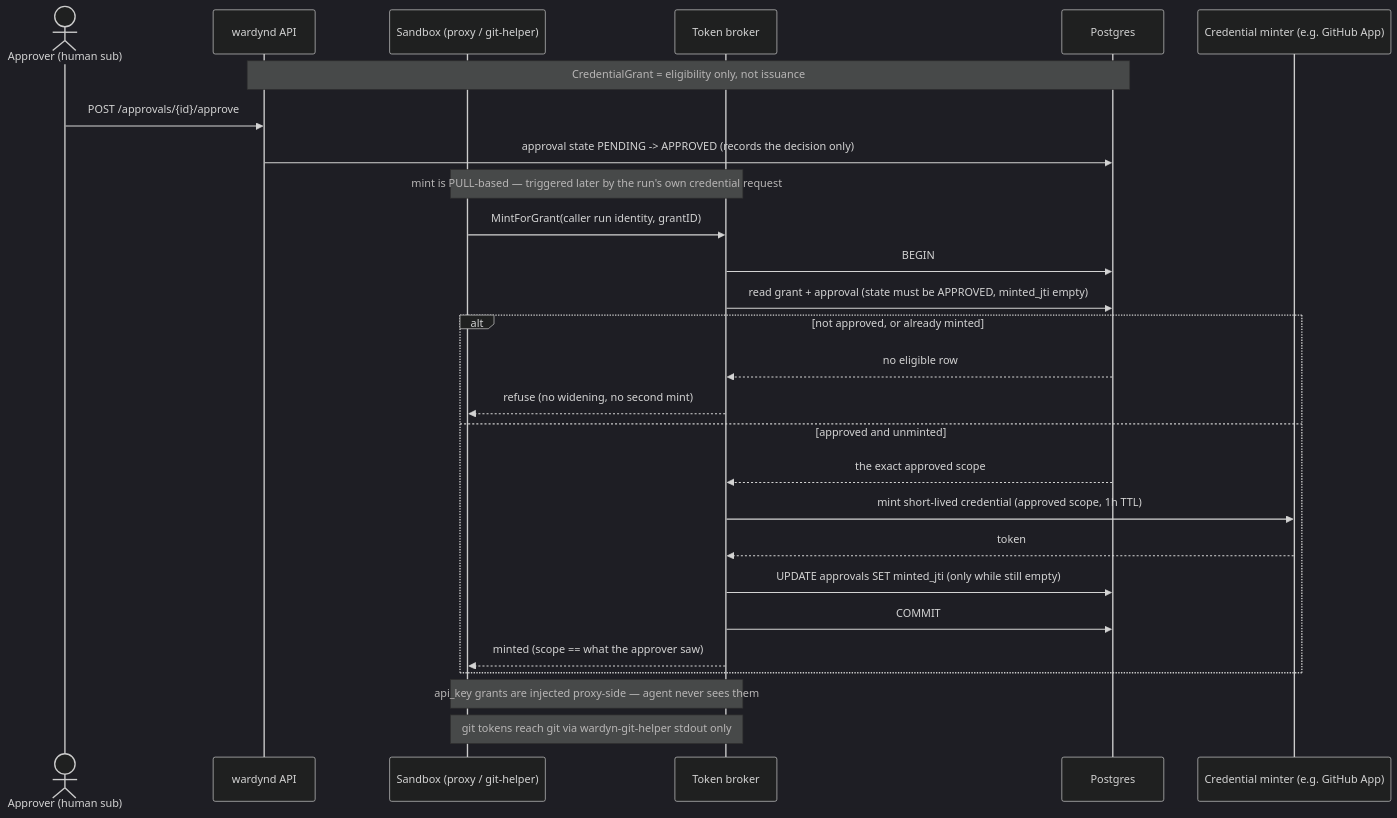
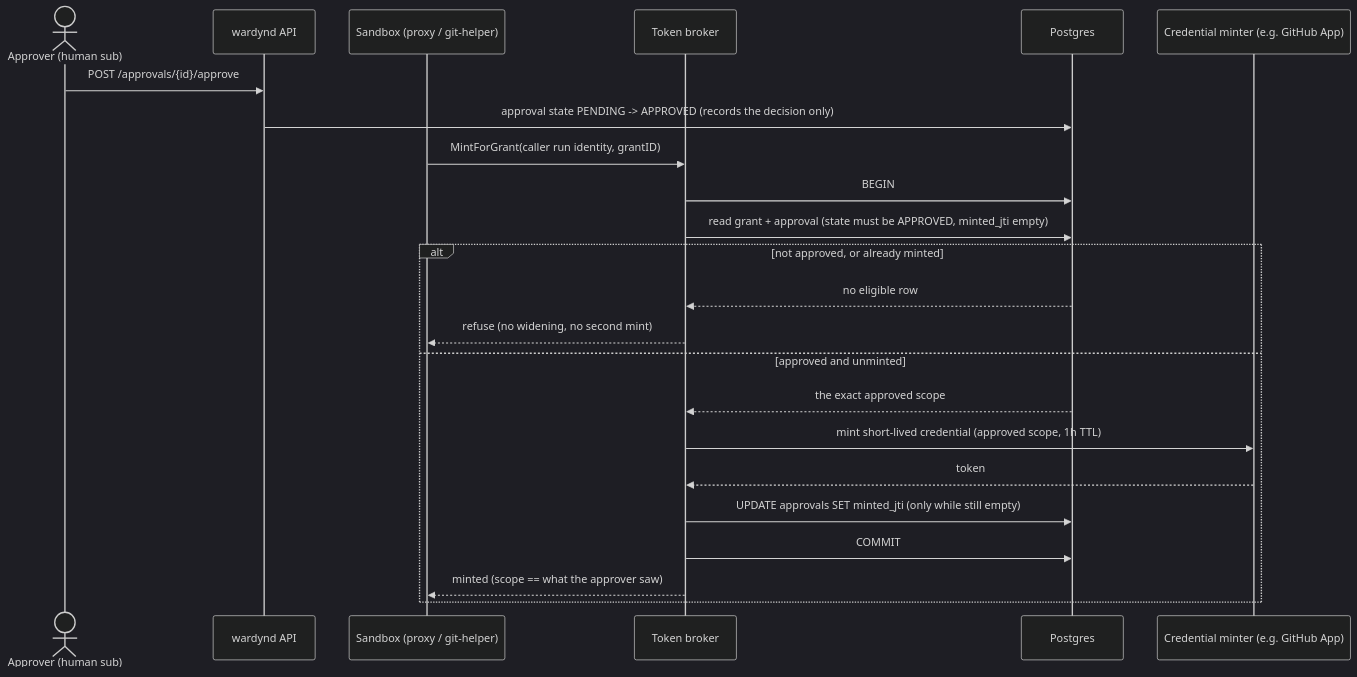
Before and after one commit to cjohnstoniv/wardyn: the third of 3 diagrams in ARCHITECTURE.md, drawn with Mermaid (dark theme). The commit also changed other lines of this file and 42 other files, not shown here.

````diff
--- a/ARCHITECTURE.md
+++ b/ARCHITECTURE.md
@@ -218,29 +199,25 @@
 ```mermaid
 sequenceDiagram
   actor Op as Approver (human sub)
   participant API as wardynd API
   participant Sbx as Sandbox (proxy / git-helper)
   participant Br as Token broker
   participant DB as Postgres
   participant M as Credential minter (e.g. GitHub App)
-  Note over API,DB: CredentialGrant = eligibility only, not issuance
   Op->>API: POST /approvals/{id}/approve
   API->>DB: approval state PENDING -> APPROVED (records the decision only)
-  Note over Sbx,Br: mint is PULL-based — triggered later by the run's own credential request
   Sbx->>Br: MintForGrant(caller run identity, grantID)
   Br->>DB: BEGIN
   Br->>DB: read grant + approval (state must be APPROVED, minted_jti empty)
   alt not approved, or already minted
     DB-->>Br: no eligible row
     Br-->>Sbx: refuse (no widening, no second mint)
   else approved and unminted
     DB-->>Br: the exact approved scope
     Br->>M: mint short-lived credential (approved scope, 1h TTL)
     M-->>Br: token
     Br->>DB: UPDATE approvals SET minted_jti (only while still empty)
     Br->>DB: COMMIT
     Br-->>Sbx: minted (scope == what the approver saw)
   end
-  Note over Br,Sbx: api_key grants are injected proxy-side — agent never sees them
-  Note over Br,Sbx: git tokens reach git via wardyn-git-helper stdout only
 ```
````
